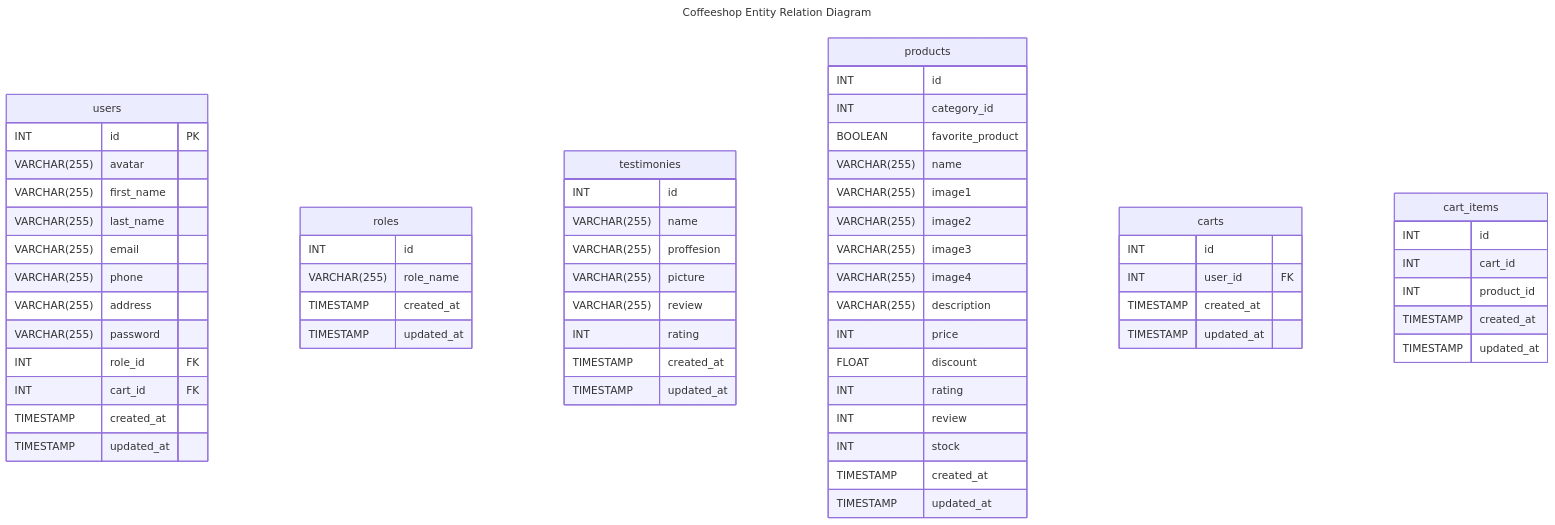
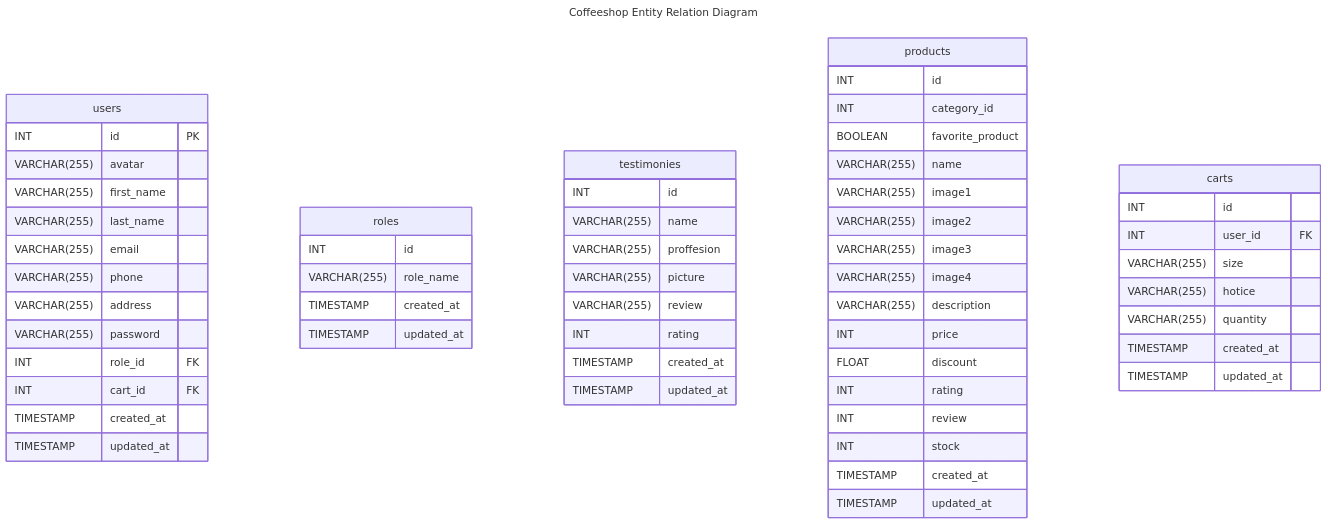
The diagram in readme.md (rezafauzan/koda-b6-db), drawn with Mermaid before and after one commit.

Commit message:
Feat: add variants columns to entity carts

````diff
--- a/readme.md
+++ b/readme.md
@@ -2,73 +2,68 @@
 ```mermaid
 ---
 title: Coffeeshop Entity Relation Diagram
 ---
     erDiagram
 
     users {
         INT id PK 
         VARCHAR(255) avatar
         VARCHAR(255) first_name
         VARCHAR(255) last_name
         VARCHAR(255) email
         VARCHAR(255) phone
         VARCHAR(255) address
         VARCHAR(255) password
         INT role_id FK
         INT cart_id FK
         TIMESTAMP created_at
         TIMESTAMP updated_at
     }
 
     roles{
         INT id 
         VARCHAR(255) role_name
         TIMESTAMP created_at
         TIMESTAMP updated_at
     }
 
     testimonies {
         INT id
         VARCHAR(255) name
         VARCHAR(255) proffesion
         VARCHAR(255) picture
         VARCHAR(255) review
         INT rating
         TIMESTAMP created_at
         TIMESTAMP updated_at
     }
     
     products {
         INT id
         INT category_id
         BOOLEAN favorite_product
         VARCHAR(255) name
         VARCHAR(255) image1
         VARCHAR(255) image2
         VARCHAR(255) image3
         VARCHAR(255) image4
         VARCHAR(255) description
         INT price
         FLOAT discount
         INT rating
         INT review
         INT stock
         TIMESTAMP created_at
         TIMESTAMP updated_at
     }
 
     carts{
         INT id
         INT user_id FK
-        TIMESTAMP created_at
-        TIMESTAMP updated_at
-    }
-
-    cart_items{
-        INT id
-        INT cart_id
-        INT product_id
+        VARCHAR(255) size
+        VARCHAR(255) hotice
+        VARCHAR(255) quantity
         TIMESTAMP created_at
         TIMESTAMP updated_at
     }
 ```
````
